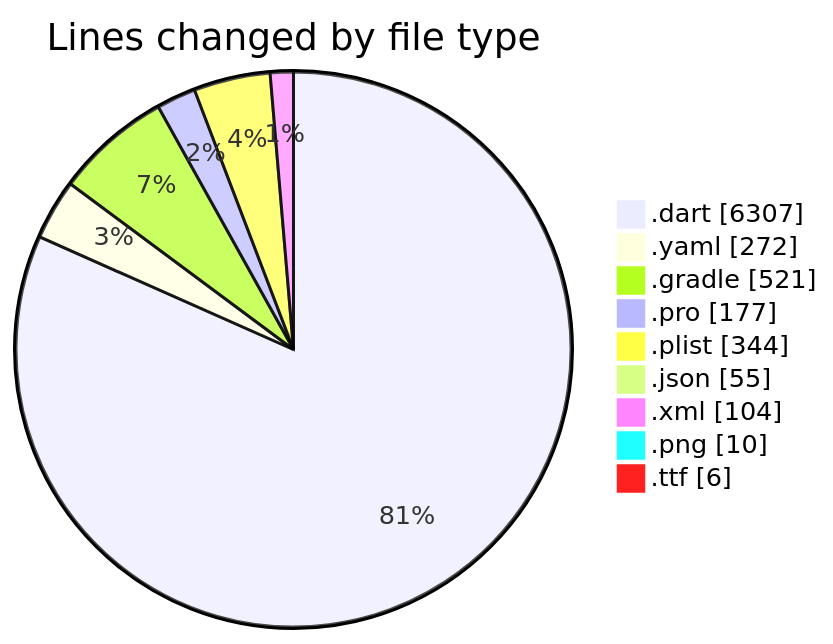
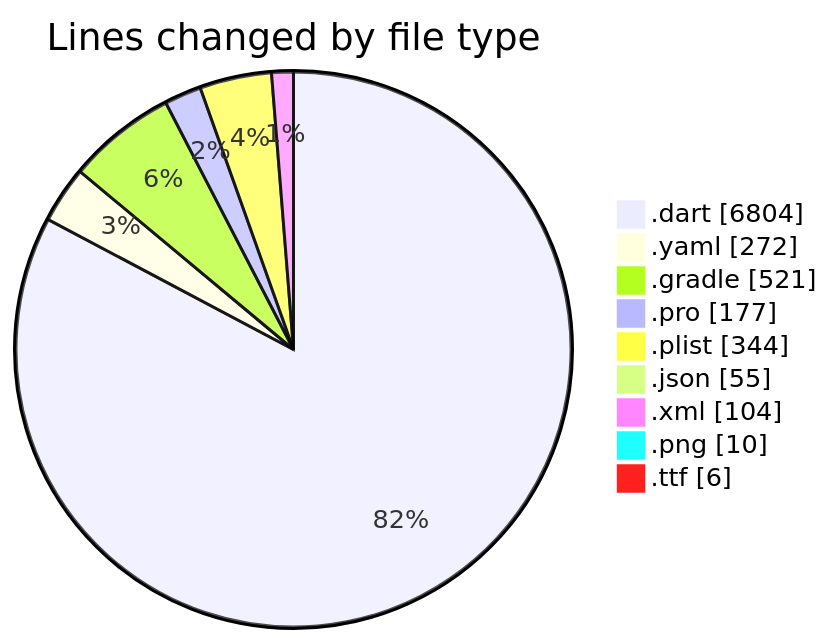
Before and after one commit to lephambinh05/code-tracking: the first of 2 diagrams in 2025-07-29/appproject/README.md, drawn with Mermaid. The commit also changed other lines of this file and 1 other file, not shown here.

````diff
--- a/2025-07-29/appproject/README.md
+++ b/2025-07-29/appproject/README.md
@@ -56,13 +57,13 @@
 ```mermaid
 pie showData
 title Lines changed by file type
-".dart" : 6307
+".dart" : 6804
 ".yaml" : 272
 ".gradle" : 521
 ".pro" : 177
 ".plist" : 344
 ".json" : 55
 ".xml" : 104
 ".png" : 10
 ".ttf" : 6
 ```
````
